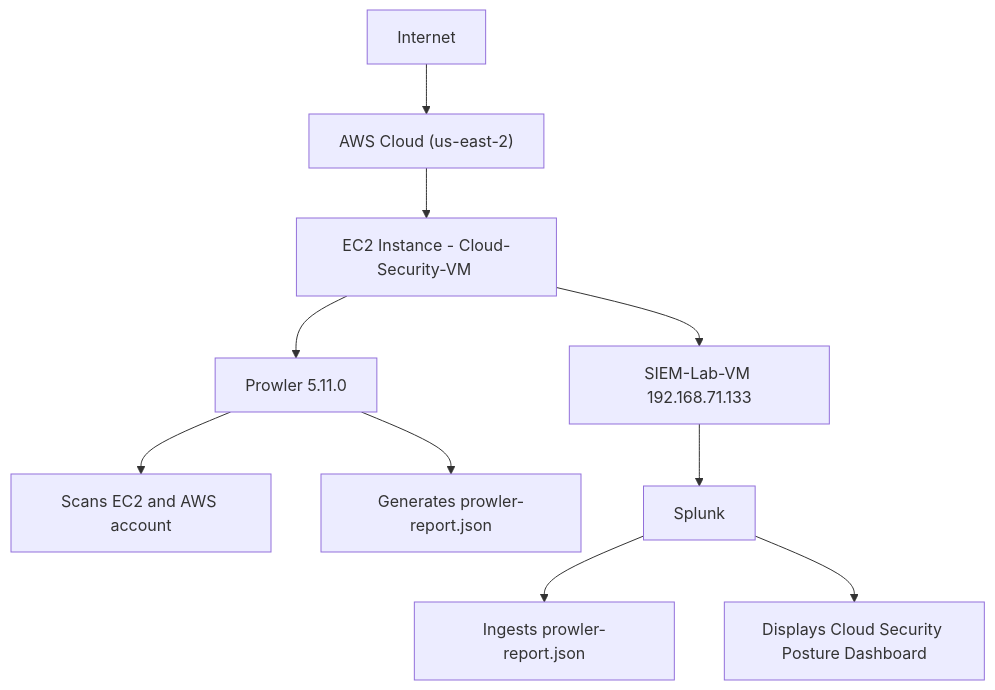
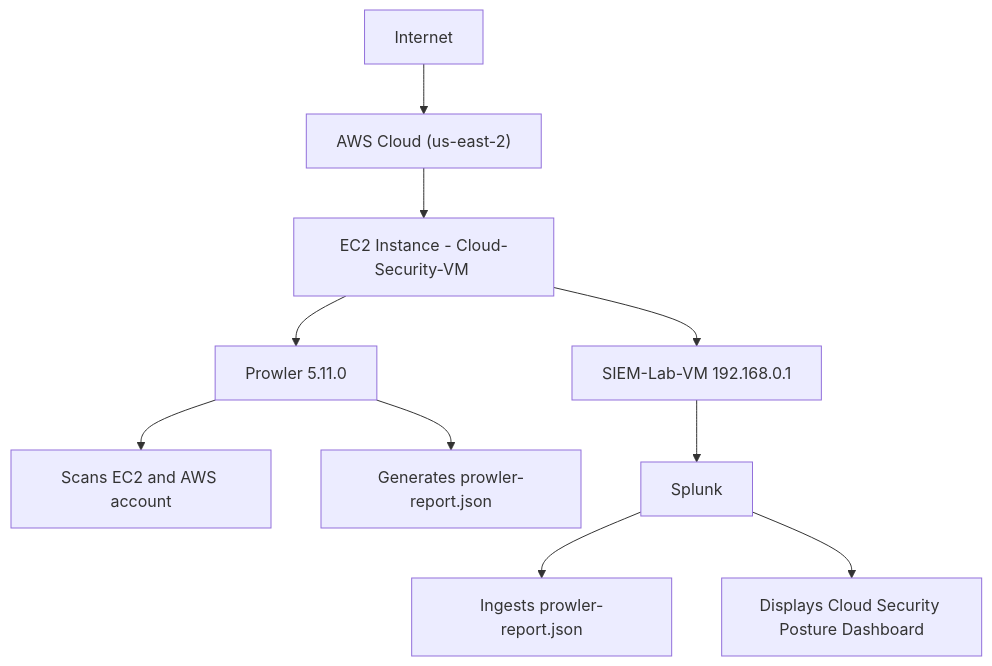
One commit to ymangt/Cloud-Security-Posture-Management-with-AWS-and-Splunk changed the diagram in docs/architecture.md. Above: the diagram before and after it, drawn with Mermaid. The commit also changed other lines of this file, not shown here.

````diff
--- a/docs/architecture.md
+++ b/docs/architecture.md
@@ -30,12 +30,12 @@
 ```mermaid
 graph TD
     A["Internet"] --> B["AWS Cloud (us-east-2)"]
     B --> C["EC2 Instance - Cloud-Security-VM <public-ip>"]
     C --> D["Prowler 5.11.0"]
     D --> E["Scans EC2 and AWS account"]
     D --> F["Generates prowler-report.json"]
-    C --> G["SIEM-Lab-VM 192.168.71.133"]
+    C --> G["SIEM-Lab-VM 192.168.0.1"]
     G --> H["Splunk"]
     H --> I["Ingests prowler-report.json"]
     H --> J["Displays Cloud Security Posture Dashboard"]
 ```
````
